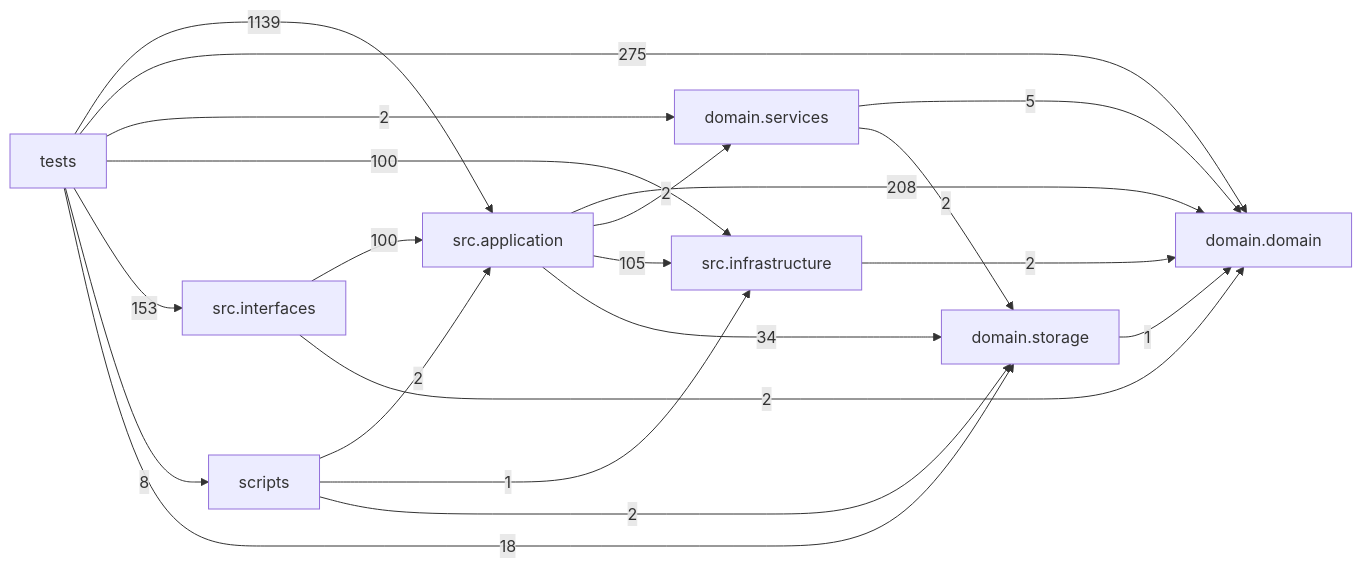
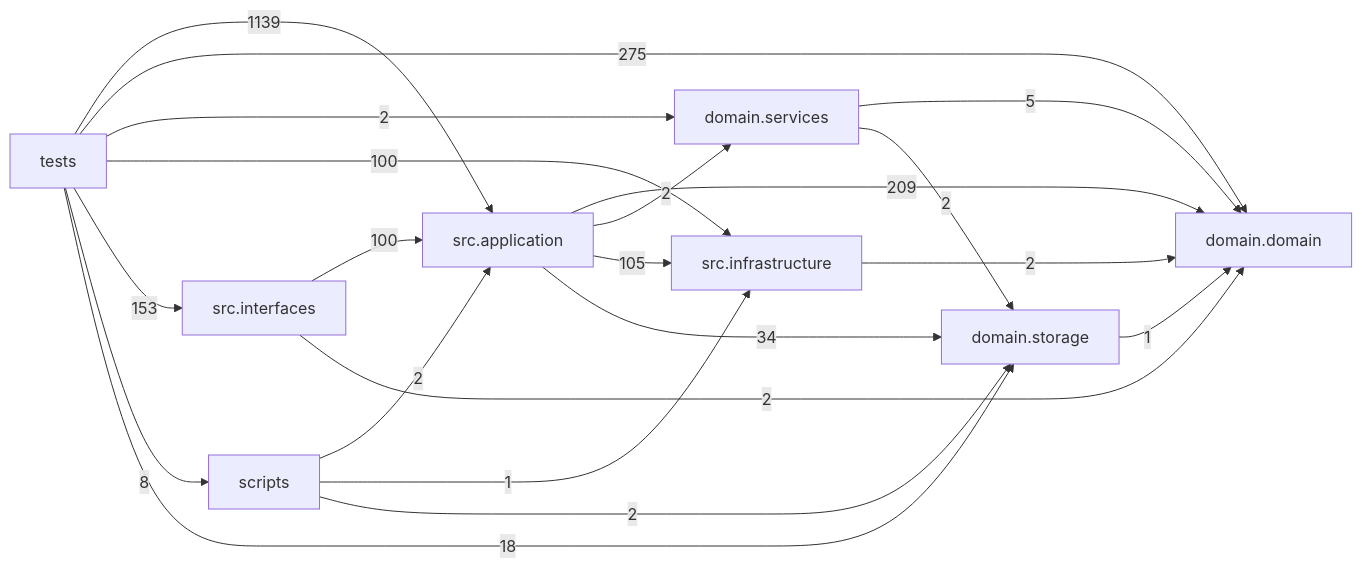
Before and after one commit to liuxie066/options-monitor: the diagram in docs/DEPENDENCY_GRAPH.md, drawn with Mermaid. The commit also changed other lines of this file and 45 other files, not shown here.

````diff
--- a/docs/DEPENDENCY_GRAPH.md
+++ b/docs/DEPENDENCY_GRAPH.md
@@ -24,31 +24,31 @@
 ```mermaid
 flowchart LR
   tests["tests"]
   scripts["scripts"]
   interfaces["src.interfaces"]
   application["src.application"]
   infrastructure["src.infrastructure"]
   domain_services["domain.services"]
   domain["domain.domain"]
   storage["domain.storage"]
-  application -->|208| domain
+  application -->|209| domain
   application -->|2| domain_services
   application -->|105| infrastructure
   application -->|34| storage
   domain_services -->|5| domain
   domain_services -->|2| storage
   infrastructure -->|2| domain
   interfaces -->|100| application
   interfaces -->|2| domain
   scripts -->|2| application
   scripts -->|1| infrastructure
   scripts -->|2| storage
   storage -->|1| domain
   tests -->|1139| application
   tests -->|275| domain
   tests -->|2| domain_services
   tests -->|100| infrastructure
   tests -->|153| interfaces
   tests -->|8| scripts
   tests -->|18| storage
 ```
````
